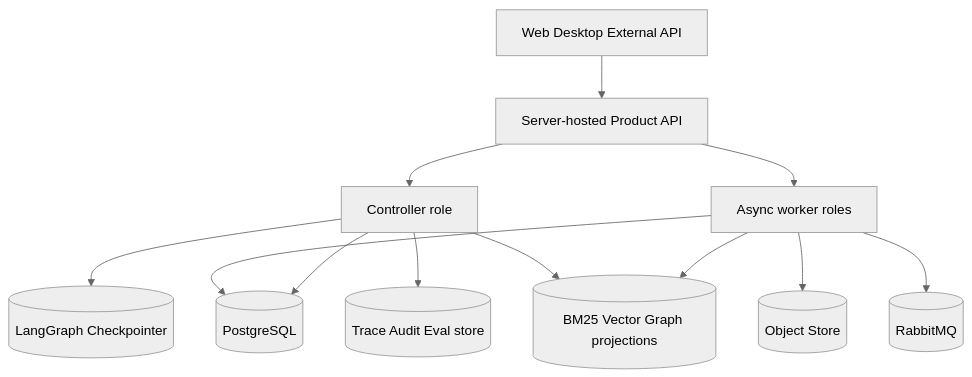
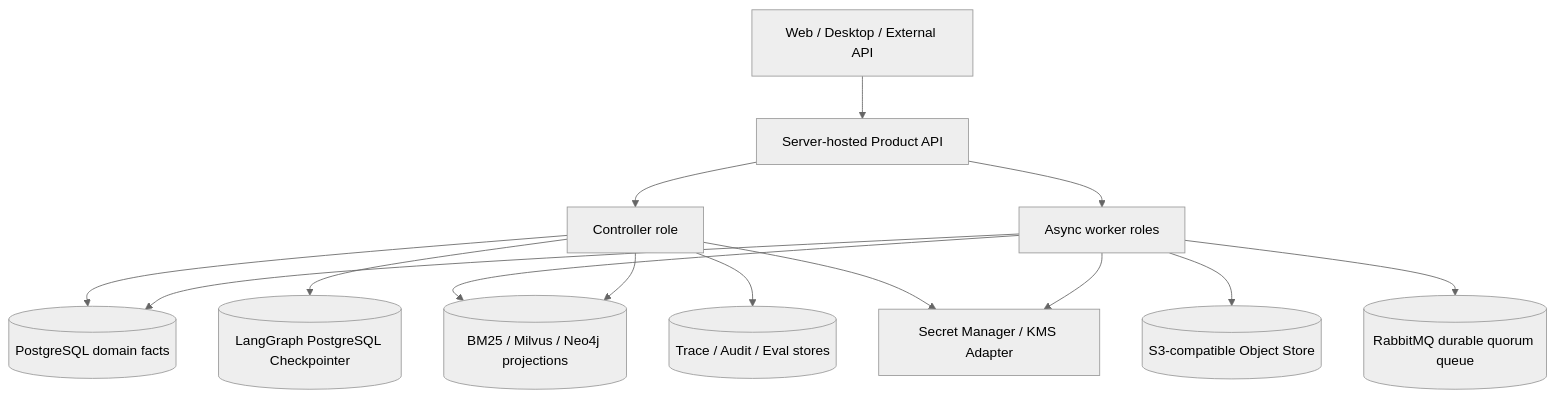
The tenth of 30 diagrams in .agent/architecture/architecture-views.md (ProfessorZhi/Zuno), drawn with Mermaid (neutral theme) before and after one commit. The commit also changed other lines of this file and 22 other files, not shown here.

Commit message:
docs: realign total architecture with canonical modules

````diff
--- a/.agent/architecture/architecture-views.md
+++ b/.agent/architecture/architecture-views.md
@@ -157,14 +174,15 @@
 ```mermaid
 flowchart TB
-  CLIENT[Web Desktop External API] --> API[Server-hosted Product API]
+  CLIENT[Web / Desktop / External API] --> API[Server-hosted Product API]
   API --> CONTROL[Controller role]
   API --> WORKER[Async worker roles]
-  CONTROL --> PG[(PostgreSQL)]
-  CONTROL --> CP[(LangGraph Checkpointer)]
+  CONTROL --> PG[(PostgreSQL domain facts)]
+  CONTROL --> CHECK[(LangGraph PostgreSQL Checkpointer)]
   WORKER --> PG
-  WORKER --> OBJ[(Object Store)]
-  WORKER --> Q[(RabbitMQ)]
-  WORKER --> IDX[(BM25 Vector Graph projections)]
+  WORKER --> OBJ[(S3-compatible Object Store)]
+  WORKER --> Q[(RabbitMQ durable quorum queue)]
+  WORKER --> IDX[(BM25 / Milvus / Neo4j projections)]
   CONTROL --> IDX
-  CONTROL --> TRACE[(Trace Audit Eval store)]
+  CONTROL --> OBS[(Trace / Audit / Eval stores)]
+  CONTROL & WORKER --> SECRET[Secret Manager / KMS Adapter]
 ```
````
